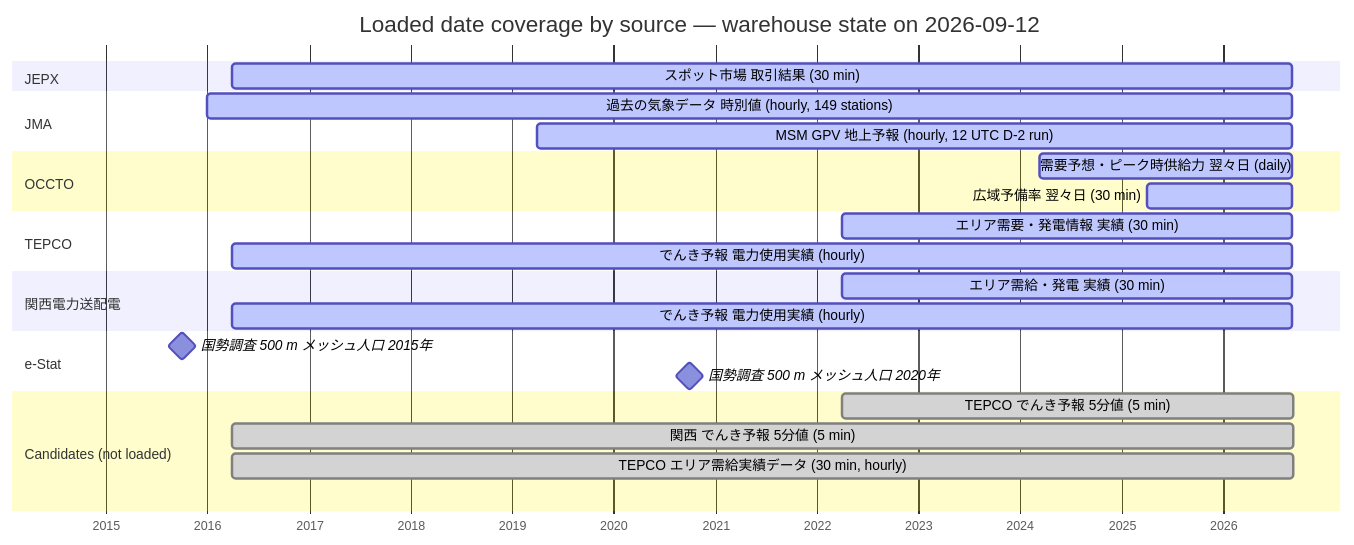
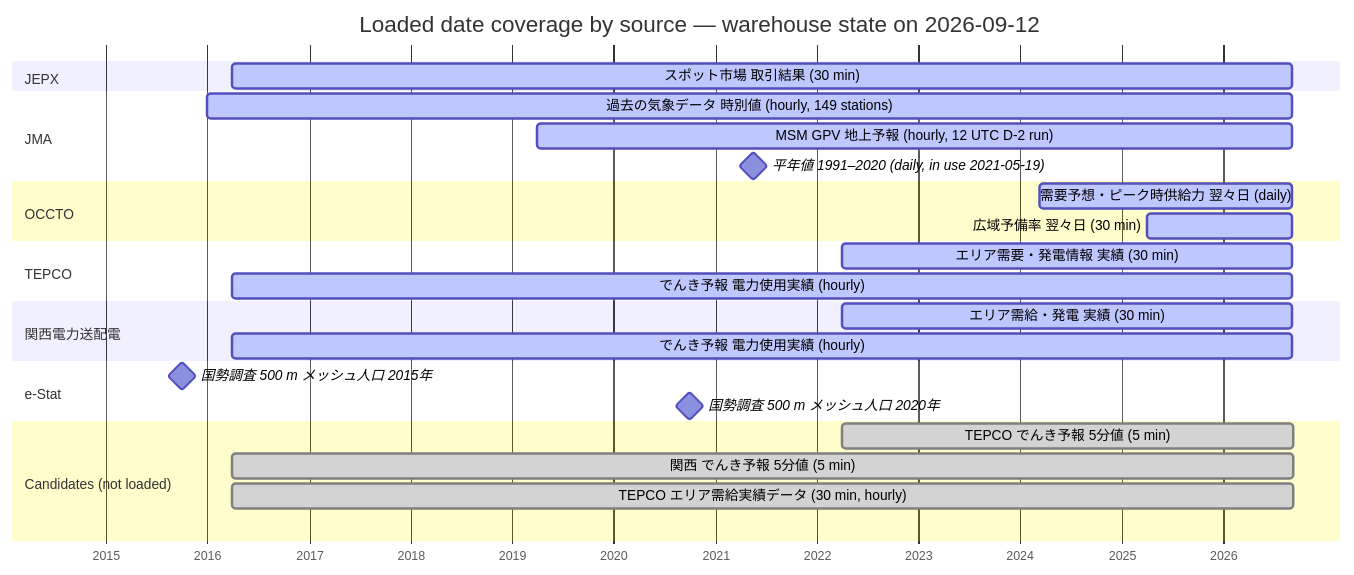
Before and after one commit to hankehly/power-market-analytics: the diagram in docs/README.md, drawn with Mermaid. The commit also changed other lines of this file and 6 other files, not shown here.

````diff
--- a/docs/README.md
+++ b/docs/README.md
@@ -37,43 +37,44 @@
 ```mermaid
 gantt
     title Loaded date coverage by source — warehouse state on 2026-09-12
     dateFormat YYYY-MM-DD
     axisFormat %Y
     tickInterval 1year
     todayMarker off
 
     section JEPX
     スポット市場 取引結果 (30 min)                 :active, jepx, 2016-04-01, 2026-09-07
 
     section JMA
     過去の気象データ 時別値 (hourly, 149 stations) :active, jma, 2016-01-01, 2026-09-05
     MSM GPV 地上予報 (hourly, 12 UTC D-2 run)      :active, msm, 2019-04-01, 2026-09-07
+    平年値 1991–2020 (daily, in use 2021-05-19)      :milestone, jmanml, 2021-05-19, 0d
 
     section OCCTO
     需要予想・ピーク時供給力 翌々日 (daily)        :active, occtod, 2024-03-13, 2026-09-07
     広域予備率 翌々日 (30 min)                     :active, occtor, 2025-04-01, 2026-09-07
 
     section TEPCO
     エリア需要・発電情報 実績 (30 min)             :active, tepcoa, 2022-04-01, 2026-09-05
     でんき予報 電力使用実績 (hourly)               :active, tepcou, 2016-04-01, 2026-09-05
 
     section 関西電力送配電
     エリア需給・発電 実績 (30 min)                 :active, kansaia, 2022-04-01, 2026-09-05
     でんき予報 電力使用実績 (hourly)               :active, kansaiu, 2016-04-01, 2026-09-05
 
     section e-Stat
     国勢調査 500 m メッシュ人口 2015年             :milestone, estat15, 2015-10-01, 0d
     国勢調査 500 m メッシュ人口 2020年             :milestone, estat20, 2020-10-01, 0d
 
     section Candidates (not loaded)
     TEPCO でんき予報 5分値 (5 min)                 :done, cand1, 2022-04-01, 2026-09-11
     関西 でんき予報 5分値 (5 min)                  :done, cand2, 2016-04-01, 2026-09-11
     TEPCO エリア需給実績データ (30 min, hourly)    :done, cand3, 2016-04-01, 2026-09-11
 
     %% Invisible anchor. Mermaid derives the axis from the earliest task date, and
     %% has no axis-minimum setting, so without a task at 2015-01-01 the axis starts
     %% at the 2015 census milestone and draws its diamond half outside the plot.
     %% The name is a zero-width space (U+200B): an empty or blank name will not parse,
     %% and the bar itself is 0 px wide.
     ​ :done, axis_anchor_2015, 2015-01-01, 0d
 ```
````
